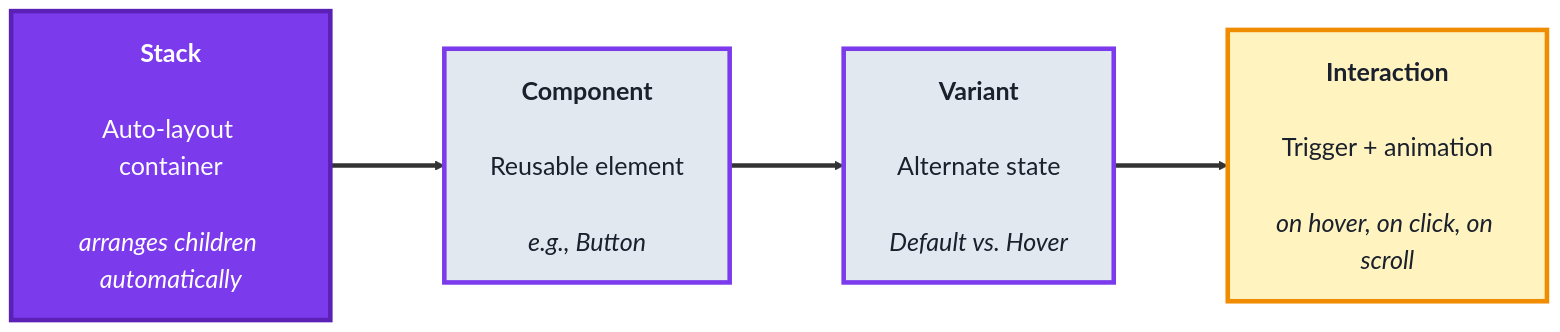
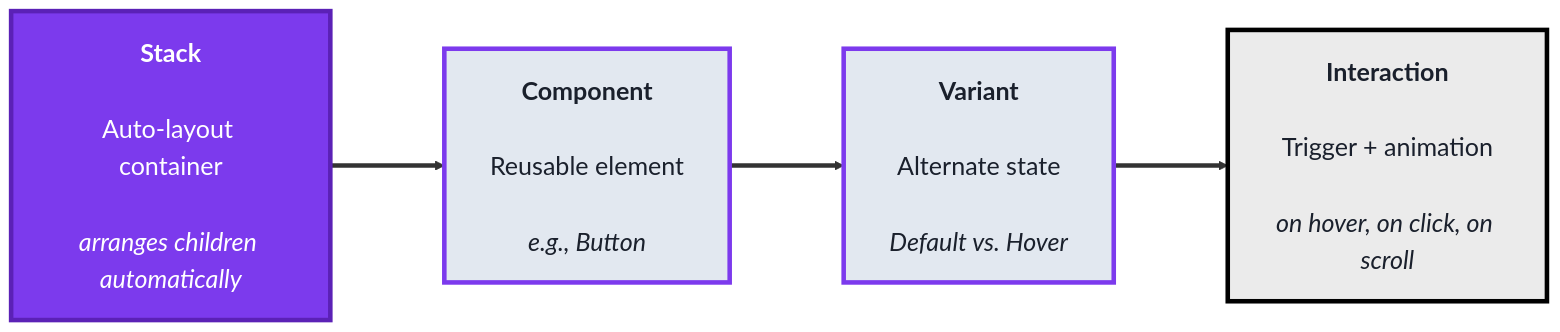
The third of 4 diagrams in src/Pages/courses/TechArchs/website-builders-beginner-course.md (SHEMODELTECH/shemodeltech), drawn with Mermaid before and after one commit. The commit also changed other lines of this file and 46 other files, not shown here.

````diff
--- a/src/Pages/courses/TechArchs/website-builders-beginner-course.md
+++ b/src/Pages/courses/TechArchs/website-builders-beginner-course.md
@@ -143,17 +143,17 @@
 ```mermaid
 %%{init: {'theme':'base', 'themeVariables': {'fontSize':'22px', 'primaryTextColor':'#1a202c', 'primaryBorderColor':'#7c3aed', 'lineColor':'#333333'}, 'flowchart': {'nodeSpacing': 70, 'rankSpacing': 100, 'padding': 20}}}%%
 flowchart LR
     S["<b>Stack</b><br/><br/>Auto-layout container<br/><br/><i>arranges children automatically</i>"]
     C["<b>Component</b><br/><br/>Reusable element<br/><br/><i>e.g., Button</i>"]
     V["<b>Variant</b><br/><br/>Alternate state<br/><br/><i>Default vs. Hover</i>"]
     I["<b>Interaction</b><br/><br/>Trigger + animation<br/><br/><i>on hover, on click, on scroll</i>"]
 
     S ==> C ==> V
     V ==> I
 
     style S fill:#7c3aed,color:#fff,stroke:#5b21b6,stroke-width:4px
     style C fill:#e2e8f0,color:#1a202c,stroke:#7c3aed,stroke-width:4px
     style V fill:#e2e8f0,color:#1a202c,stroke:#7c3aed,stroke-width:4px
-    style I fill:#fff3bf,color:#1a202c,stroke:#f08c00,stroke-width:4px
+    style I fill:#EBEBEB,color:#1a202c,stroke:#000000,stroke-width:4px
     linkStyle default stroke-width:4px,stroke:#333333
 ```
````
